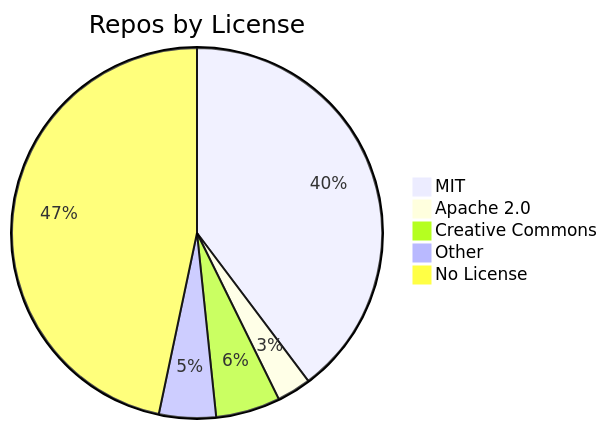
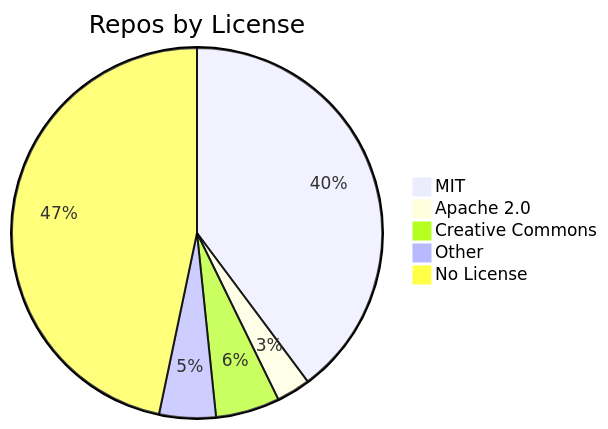
One commit to jpatterson933/awesome-mcp-server-repo-index changed the diagram in README.md. Above: the diagram before and after it, drawn with Mermaid. The commit also changed other lines of this file and 3 other files, not shown here.

````diff
--- a/README.md
+++ b/README.md
@@ -29,8 +29,8 @@
 ```mermaid
 pie title Repos by License
-    "MIT" : 120
+    "MIT" : 121
     "Apache 2.0" : 9
     "Creative Commons" : 17
     "Other" : 15
-    "No License" : 141
+    "No License" : 142
 ```
````
